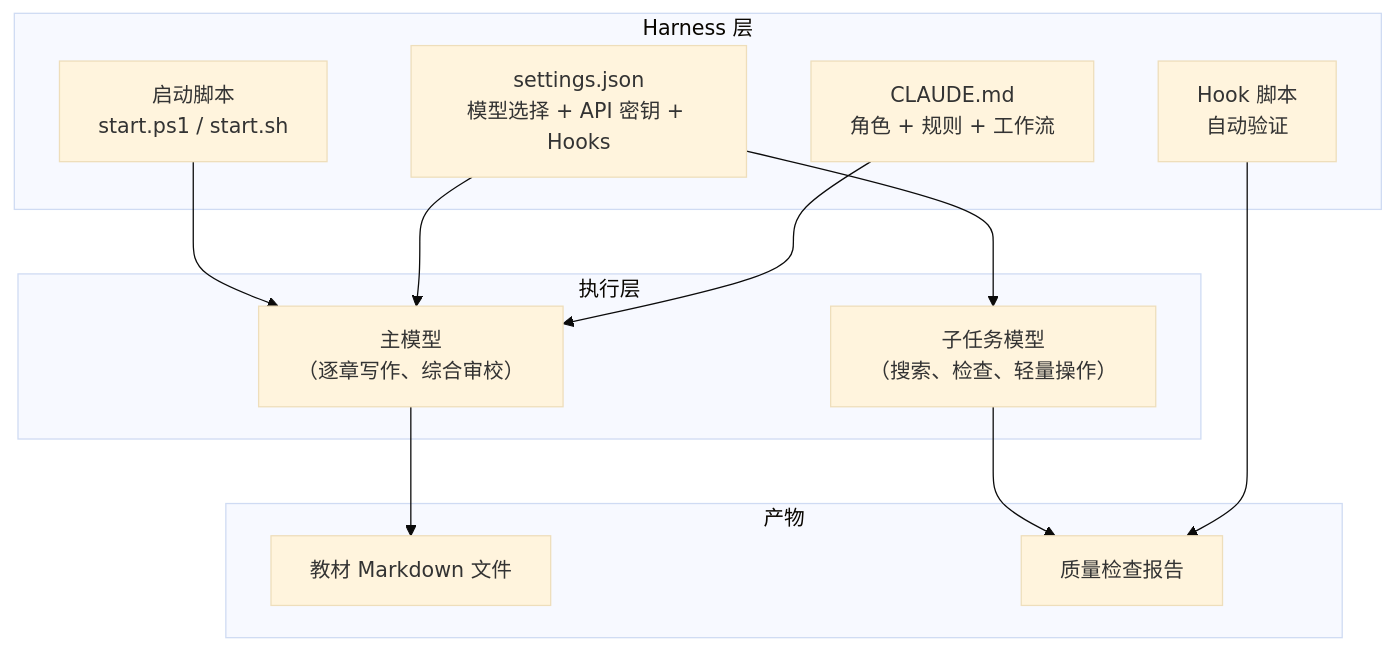
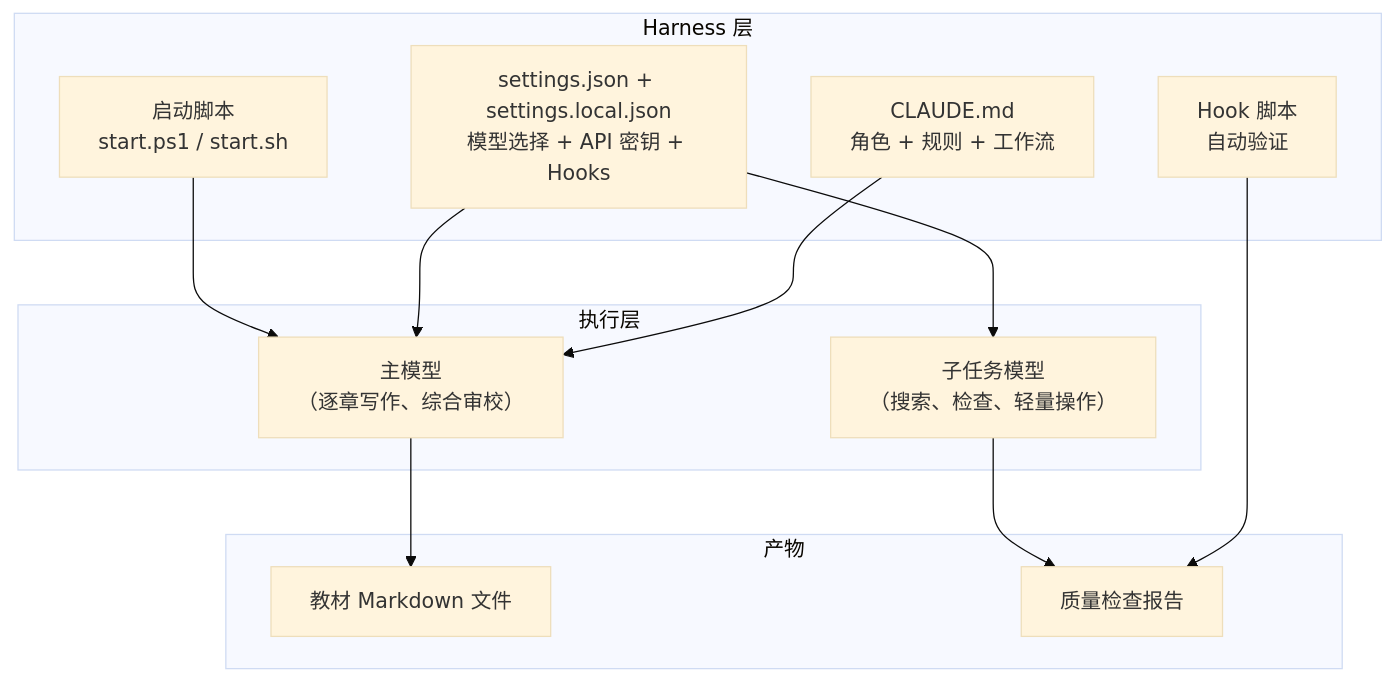
The diagram in 10-AI工程/34-Prompt工程与Skills.md (PurslaneMa/PurslaneMa.github.io), drawn with Mermaid (base theme) before and after one commit. The commit also changed other lines of this file and 55 other files, not shown here.

````diff
--- a/10-AI工程/34-Prompt工程与Skills.md
+++ b/10-AI工程/34-Prompt工程与Skills.md
@@ -125,24 +129,24 @@
 ```mermaid
 graph TD
     subgraph "Harness 层"
         A["CLAUDE.md<br/>角色 + 规则 + 工作流"]
-        B["settings.json<br/>模型选择 + API 密钥 + Hooks"]
+        B["settings.json + settings.local.json<br/>模型选择 + API 密钥 + Hooks"]
         C["Hook 脚本<br/>自动验证"]
         D["启动脚本<br/>start.ps1 / start.sh"]
     end
     subgraph "执行层"
         E["主模型<br/>（逐章写作、综合审校）"]
         F["子任务模型<br/>（搜索、检查、轻量操作）"]
     end
     subgraph "产物"
         G["教材 Markdown 文件"]
         H["质量检查报告"]
     end
     A --> E
     B --> E
     B --> F
     C --> H
     D --> E
     E --> G
     F --> H
 ```
````
